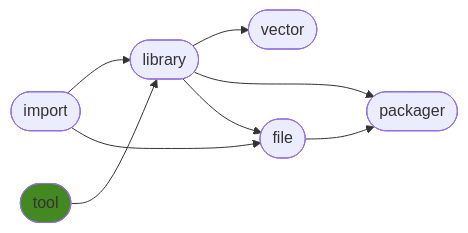
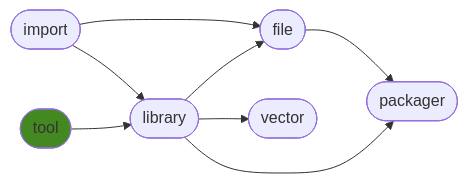
One commit to ManderaGeneral/generaltool changed the diagram in README.md. Above: the diagram before and after it, drawn with Mermaid. The commit also changed other lines of this file, not shown here.

````diff
--- a/README.md
+++ b/README.md
@@ -23,17 +23,17 @@
 ```mermaid
 flowchart LR
+3([file]) --> 5([packager])
+0([import]) --> 3([file])
+2([library]) --> 3([file])
 2([library]) --> 4([vector])
 2([library]) --> 5([packager])
+1([tool]) --> 2([library])
 0([import]) --> 2([library])
-0([import]) --> 3([file])
-1([tool]) --> 2([library])
-2([library]) --> 3([file])
-3([file]) --> 5([packager])
 click 0 "https://github.com/ManderaGeneral/generalimport"
 click 1 "https://github.com/ManderaGeneral/generaltool"
 click 2 "https://github.com/ManderaGeneral/generallibrary"
 click 3 "https://github.com/ManderaGeneral/generalfile"
 click 4 "https://github.com/ManderaGeneral/generalvector"
 click 5 "https://github.com/ManderaGeneral/generalpackager"
 style 1 fill:#482
 ```
````
